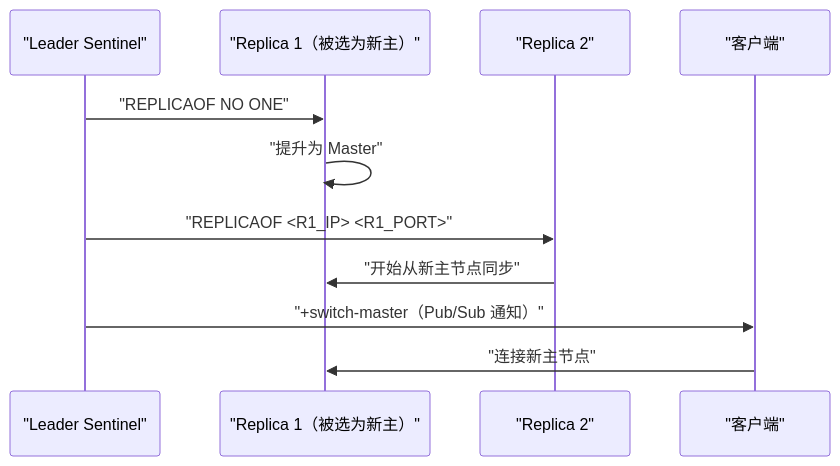
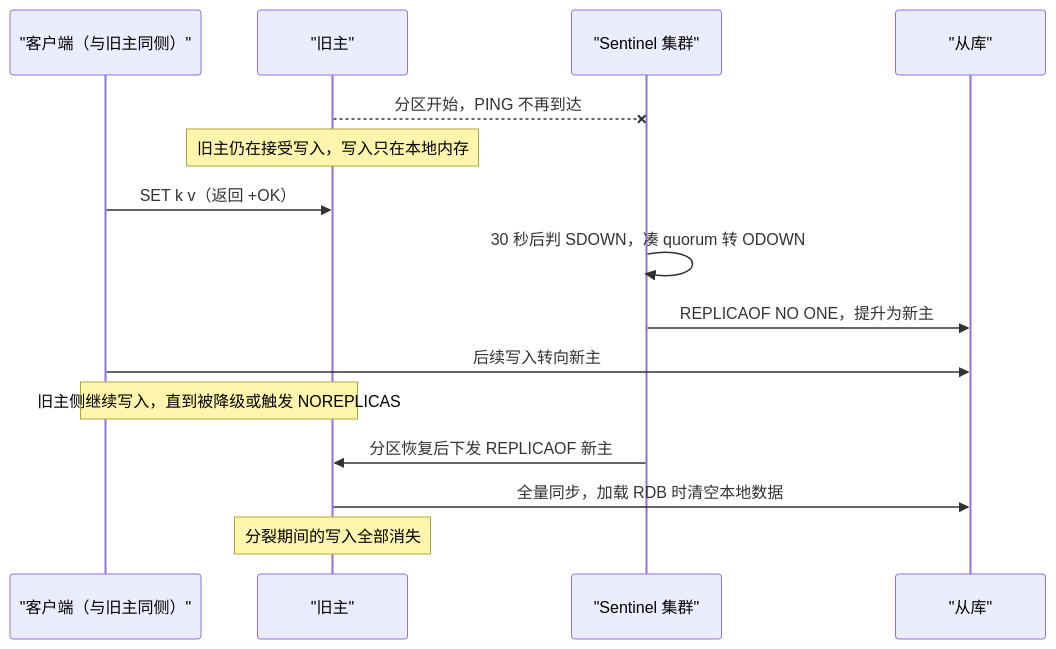
The sixth of 6 diagrams in content/中间件/Redis/Redis设计与实现/09 主从复制与 Sentinel 高可用.md (hpliStartAgain/my-brain), drawn with Mermaid before and after one commit. The commit also changed other lines of this file and 455 other files, not shown here.

````diff
--- a/content/中间件/Redis/Redis设计与实现/09 主从复制与 Sentinel 高可用.md
+++ b/content/中间件/Redis/Redis设计与实现/09 主从复制与 Sentinel 高可用.md
@@ -328,15 +535,19 @@
 ```mermaid
 %%{init: {'theme': 'dracula'}}%%
 sequenceDiagram
-    participant S as "Leader Sentinel"
-    participant R1 as "Replica 1（被选为新主）"
-    participant R2 as "Replica 2"
-    participant C as "客户端"
+    participant C as "客户端（与旧主同侧）"
+    participant M as "旧主"
+    participant S as "Sentinel 集群"
+    participant R as "从库"
 
-    S->>R1: "REPLICAOF NO ONE"
-    R1->>R1: "提升为 Master"
-    S->>R2: "REPLICAOF <R1_IP> <R1_PORT>"
-    R2->>R1: "开始从新主节点同步"
-    S->>C: "+switch-master（Pub/Sub 通知）"
-    C->>R1: "连接新主节点"
+    M--xS: 分区开始，PING 不再到达
+    Note over M: 旧主仍在接受写入，写入只在本地内存
+    C->>M: SET k v（返回 +OK）
+    S->>S: 30 秒后判 SDOWN，凑 quorum 转 ODOWN
+    S->>R: REPLICAOF NO ONE，提升为新主
+    C->>R: 后续写入转向新主
+    Note over M,C: 旧主侧继续写入，直到被降级或触发 NOREPLICAS
+    S->>M: 分区恢复后下发 REPLICAOF 新主
+    M->>R: 全量同步，加载 RDB 时清空本地数据
+    Note over M: 分裂期间的写入全部消失
 ```
````
